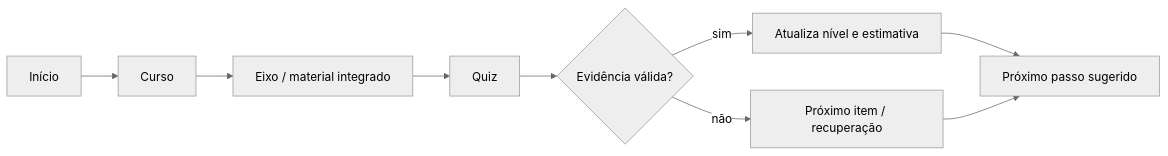
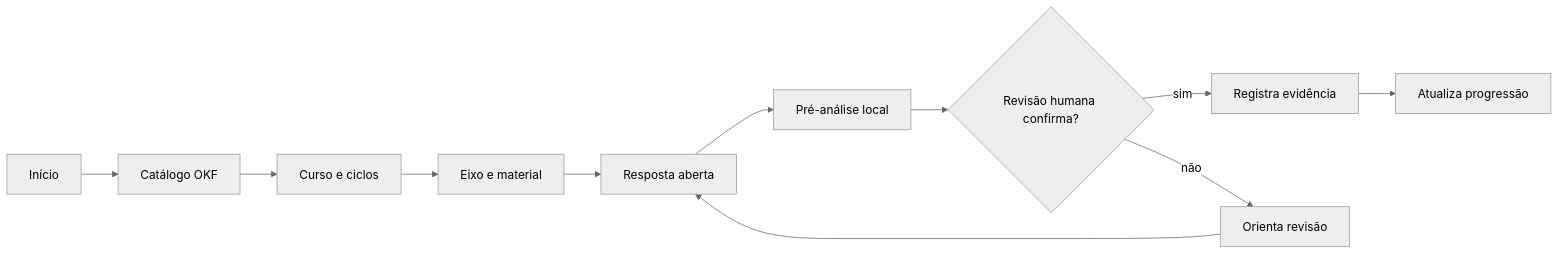
The second of 7 diagrams in docs/stakeholders/REVISAO-UX-E-FLUXOS.md (glaucodeveloper/cognoscere), drawn with Mermaid (neutral theme) before and after one commit. The commit also changed other lines of this file and 65 other files, not shown here.

````diff
--- a/docs/stakeholders/REVISAO-UX-E-FLUXOS.md
+++ b/docs/stakeholders/REVISAO-UX-E-FLUXOS.md
@@ -54,11 +58,13 @@
 ```mermaid
 flowchart LR
-  A[Início] --> B[Curso]
-  B --> C[Eixo / material integrado]
-  C --> D[Quiz]
-  D --> E{Evidência válida?}
-  E -->|sim| F[Atualiza nível e estimativa]
-  E -->|não| G[Próximo item / recuperação]
-  F --> H[Próximo passo sugerido]
-  G --> H
+  A["Início"] --> B["Catálogo OKF"]
+  B --> C["Curso e ciclos"]
+  C --> D["Eixo e material"]
+  D --> E["Resposta aberta"]
+  E --> F["Pré-análise local"]
+  F --> G{"Revisão humana confirma?"}
+  G -->|"sim"| H["Registra evidência"]
+  G -->|"não"| I["Orienta revisão"]
+  H --> J["Atualiza progressão"]
+  I --> E
 ```
````
